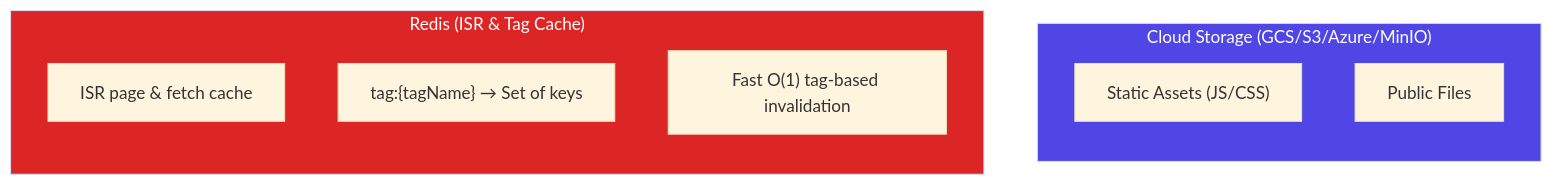
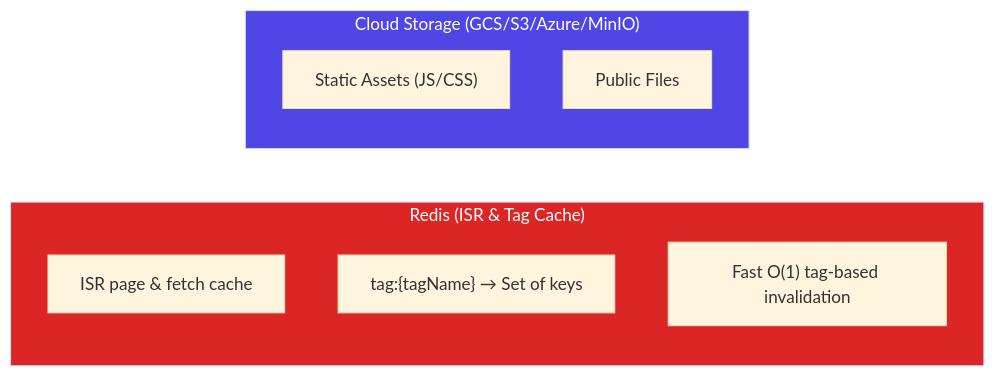
One commit to getknext-dev/knext changed the second of 3 diagrams in README.md. Above: the diagram before and after it, drawn with Mermaid (base theme).

````diff
--- a/README.md
+++ b/README.md
@@ -455,20 +455,24 @@
 ```mermaid
 flowchart TB
     subgraph Storage["Cloud Storage (GCS/S3/Azure/MinIO)"]
         direction TB
         S1["Static Assets (JS/CSS)"]
         S2["Public Files"]
     end
     
     subgraph Redis["Redis (ISR & Tag Cache)"]
         direction TB
         R1["ISR page & fetch cache"]
         R2["tag:{tagName} → Set of keys"]
         R3["Fast O(1) tag-based invalidation"]
     end
-    
-    
+
+    %% The two tiers are independent stores, so there is no data flow to draw
+    %% between them. This invisible link exists only to fix their rank order:
+    %% with no edge at all, `flowchart TB` has nothing to rank on and packs the
+    %% subgraphs side by side in reverse declaration order.
+    Storage ~~~ Redis
 
     style Storage fill:#4f46e5,color:#fff
     style Redis fill:#dc2626,color:#fff
 ```
````
